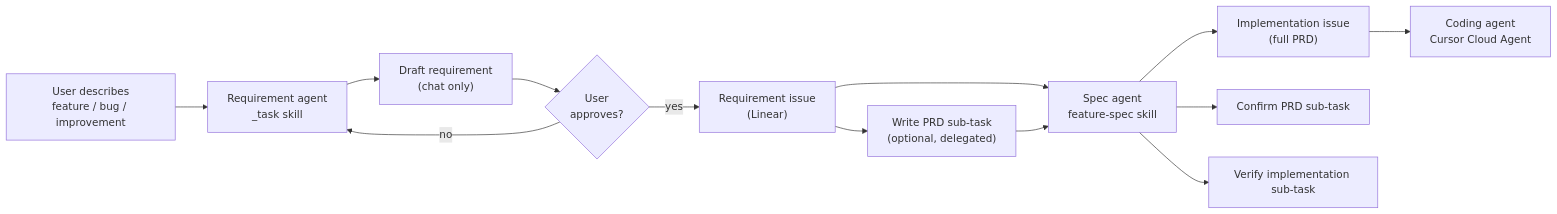
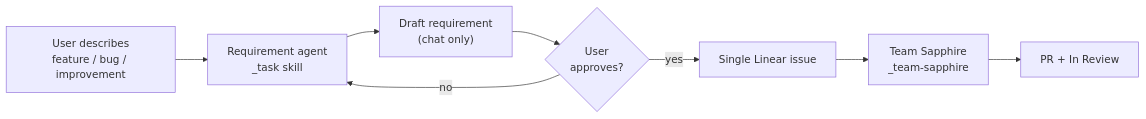
One commit to masumi-network/sokosumi changed the diagram in .cursor/skills/_task/WORKFLOW.md. Above: the diagram before and after it, drawn with Mermaid. The commit also changed other lines of this file and 23 other files, not shown here.

Commit message:
refactor(cursor): replace feature-spec with team-sapphire squad skill

````diff
--- a/.cursor/skills/_task/WORKFLOW.md
+++ b/.cursor/skills/_task/WORKFLOW.md
@@ -5,15 +5,10 @@
 ```mermaid
 flowchart LR
   user["User describes\nfeature / bug / improvement"] --> intake["Requirement agent\n_task skill"]
   intake --> draft["Draft requirement\n(chat only)"]
   draft --> approve{"User\napproves?"}
   approve -->|no| intake
-  approve -->|yes| req["Requirement issue\n(Linear)"]
-  req --> prdTask["Write PRD sub-task\n(optional, delegated)"]
-  req --> specAgent["Spec agent\nfeature-spec skill"]
-  prdTask --> specAgent
-  specAgent --> impl["Implementation issue\n(full PRD)"]
-  specAgent --> confirm["Confirm PRD sub-task"]
-  specAgent --> verify["Verify implementation sub-task"]
-  impl --> cursor["Coding agent\nCursor Cloud Agent"]
+  approve -->|yes| issue["Single Linear issue"]
+  issue --> sapphire["Team Sapphire\n_team-sapphire"]
+  sapphire --> done["PR + In Review"]
 ```
````
